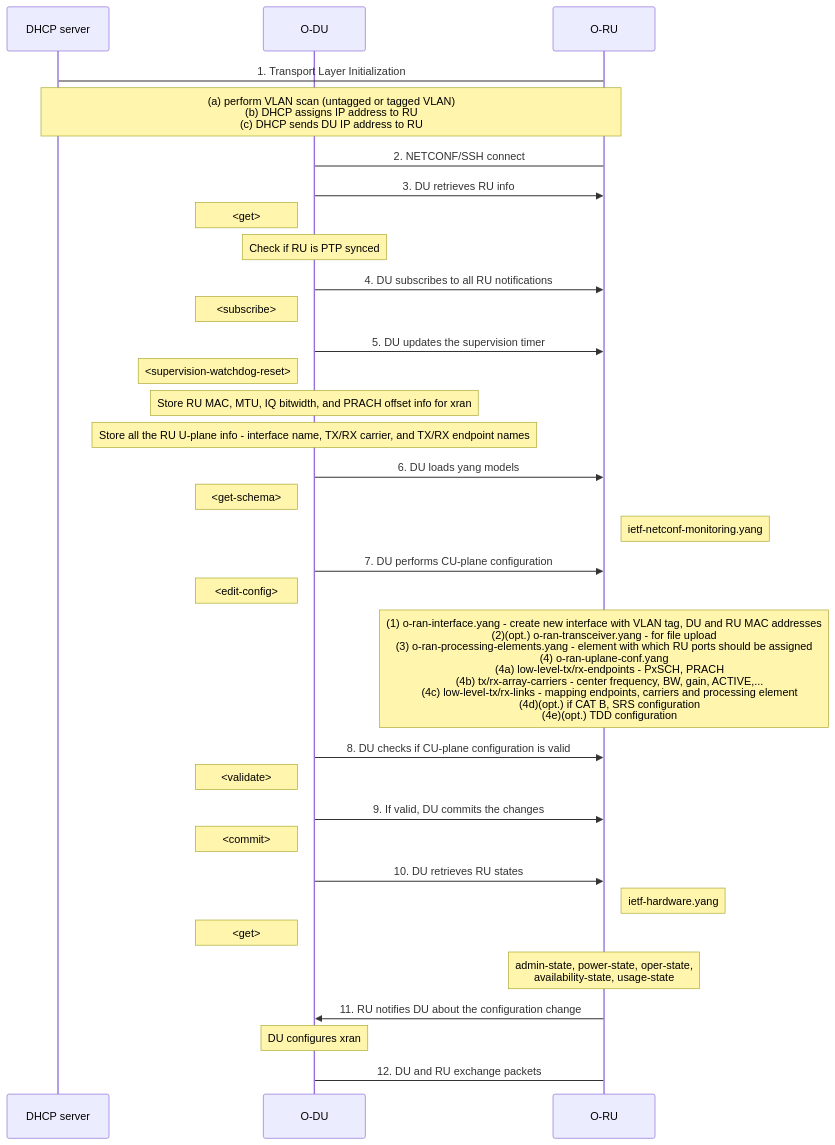
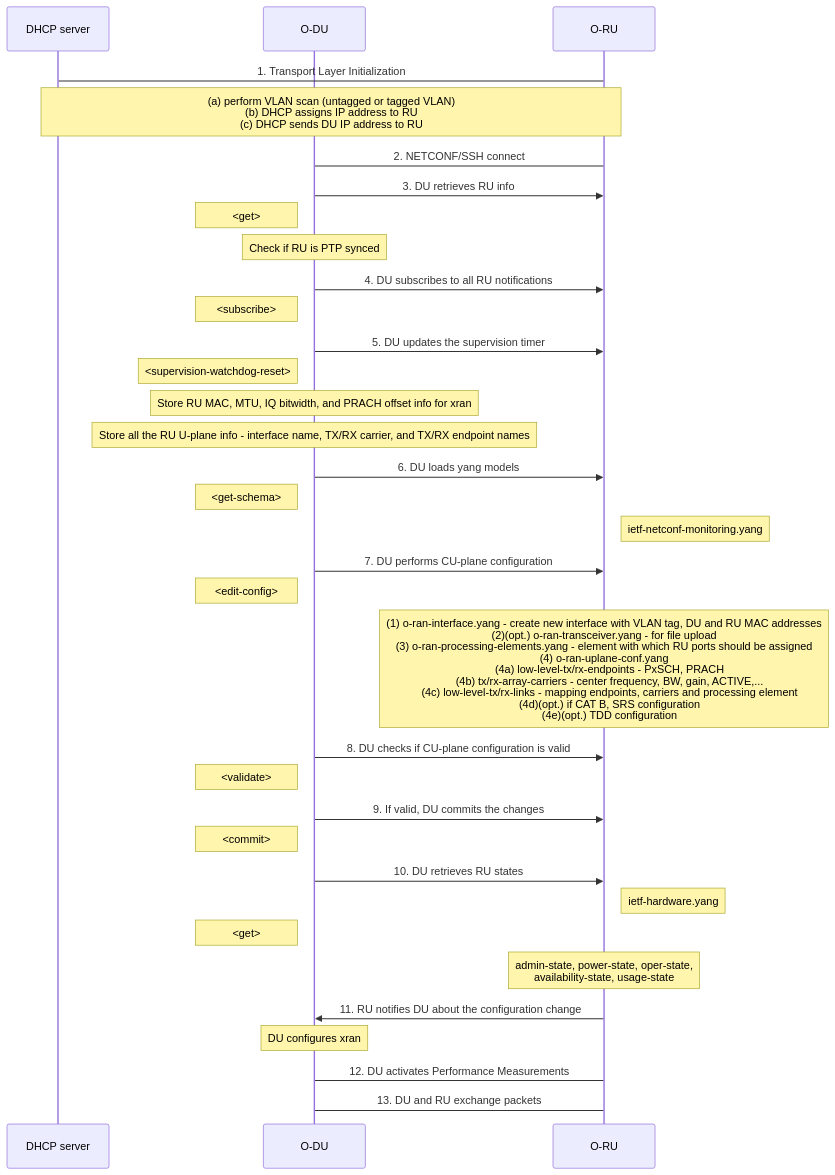
One commit to turkeryilmaz/openairinterface5g changed the diagram in doc/ORAN_FHI7.2_Tutorial.md. Above: the diagram before and after it, drawn with Mermaid. The commit also changed other lines of this file, not shown here.

````diff
--- a/doc/ORAN_FHI7.2_Tutorial.md
+++ b/doc/ORAN_FHI7.2_Tutorial.md
@@ -1510,52 +1516,54 @@
 ```mermaid
 sequenceDiagram
   participant dhcp as DHCP server
   participant du as O-DU
   participant ru as O-RU
 
   dhcp->ru: 1. Transport Layer Initialization
   note over dhcp,ru: (a) perform VLAN scan (untagged or tagged VLAN)<br/>(b) DHCP assigns IP address to RU<br/>(c) DHCP sends DU IP address to RU
   
   du->ru: 2. NETCONF/SSH connect
 
   du->>ru: 3. DU retrieves RU info 
   note left of du: <get>
 
   note over du: Check if RU is PTP synced
   
   du->>ru: 4. DU subscribes to all RU notifications 
   note left of du: <subscribe>
   
   du->>ru: 5. DU updates the supervision timer
   note left of du: <supervision-watchdog-reset>
   
   note over du: Store RU MAC, MTU, IQ bitwidth, and PRACH offset info for xran
   
   note over du: Store all the RU U-plane info - interface name, TX/RX carrier, and TX/RX endpoint names
   
   du->>ru: 6. DU loads yang models
   note left of du: <get-schema>
   note right of ru: ietf-netconf-monitoring.yang
   
   du->>ru: 7. DU performs CU-plane configuration
   note left of du: <edit-config>
   
   note over ru: (1) o-ran-interface.yang - create new interface with VLAN tag, DU and RU MAC addresses<br/>(2)(opt.) o-ran-transceiver.yang - for file upload<br/>(3) o-ran-processing-elements.yang - element with which RU ports should be assigned<br/>(4) o-ran-uplane-conf.yang<br/>#8193;(4a) low-level-tx/rx-endpoints - PxSCH, PRACH<br/>#8193;(4b) tx/rx-array-carriers - center frequency, BW, gain, ACTIVE,...<br/>#8193;(4c) low-level-tx/rx-links - mapping endpoints, carriers and processing element<br/>#8193;(4d)(opt.) if CAT B, SRS configuration<br/>#8193;(4e)(opt.) TDD configuration
   
   du->>ru: 8. DU checks if CU-plane configuration is valid
   note left of du: <validate>
   
   du->>ru: 9. If valid, DU commits the changes
   note left of du: <commit>
   
   du->>ru: 10. DU retrieves RU states
   note right of ru: ietf-hardware.yang
   note left of du: <get>
   note over ru: admin-state, power-state, oper-state,<br/>availability-state, usage-state
   
   ru->>du: 11. RU notifies DU about the configuration change
   
   note over du: DU configures xran
   
-  du->ru: 12. DU and RU exchange packets
+  du->ru: 12. DU activates Performance Measurements
+
+  du->ru: 13. DU and RU exchange packets
 ```
````
